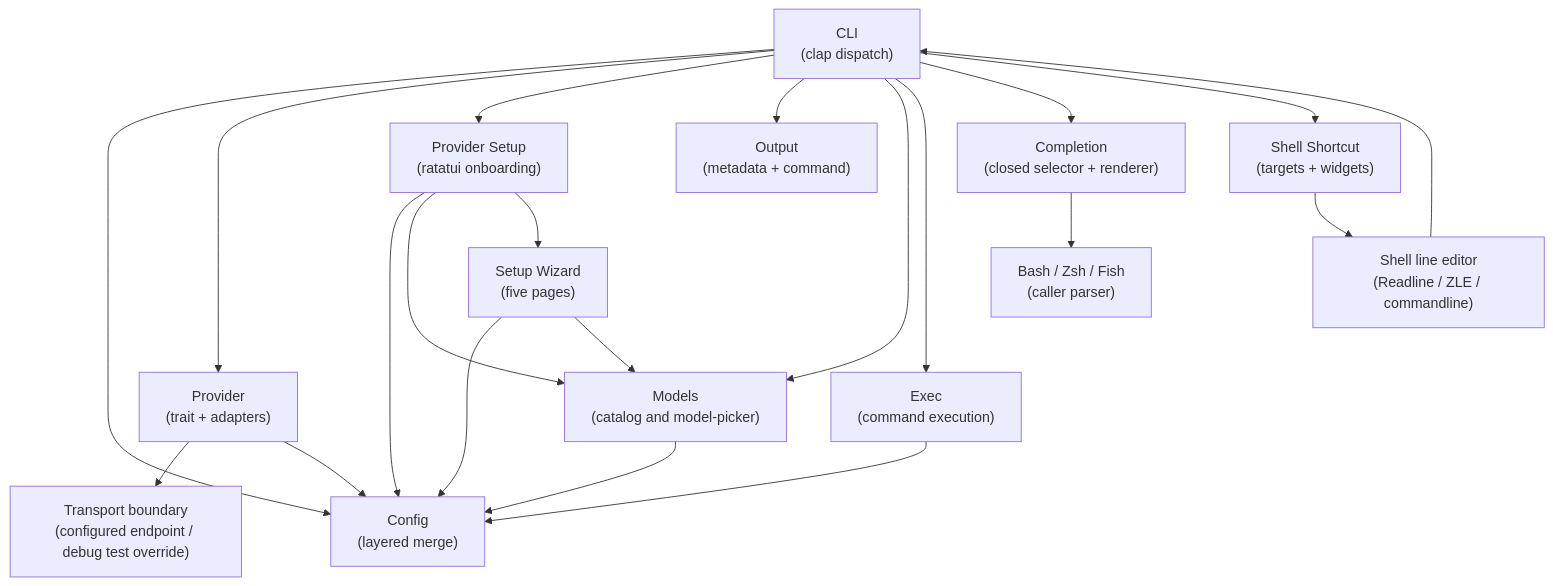
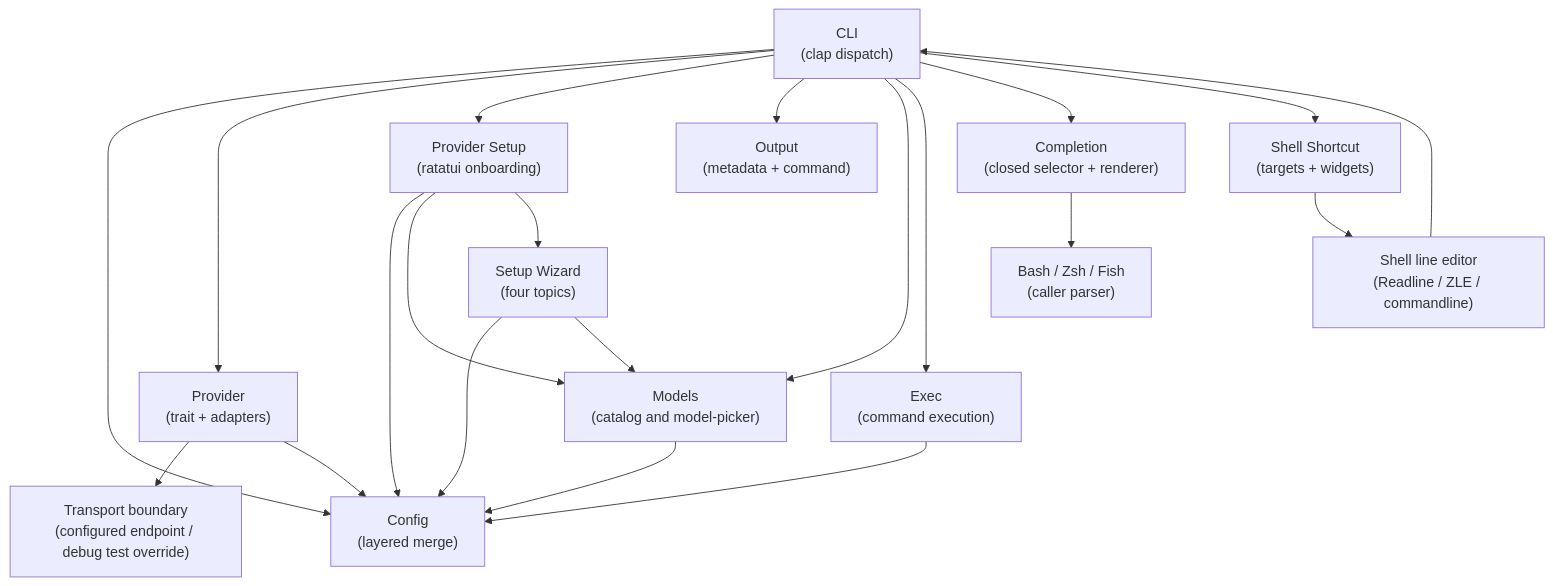
The diagram in docs/arc42/05-building-block-view.md (buster/watn), drawn with Mermaid before and after one commit. The commit also changed other lines of this file and 49 other files, not shown here.

Commit message:
feat(setup): refactor setup into reviewed wizard

````diff
--- a/docs/arc42/05-building-block-view.md
+++ b/docs/arc42/05-building-block-view.md
@@ -5,37 +5,37 @@
 ```mermaid
 graph TB
     CLI["CLI<br/>(clap dispatch)"]
     Config["Config<br/>(layered merge)"]
     Provider["Provider<br/>(trait + adapters)"]
     Transport["Transport boundary<br/>(configured endpoint / debug test override)"]
     Setup["Provider Setup<br/>(ratatui onboarding)"]
-    Wizard["Setup Wizard<br/>(five pages)"]
+    Wizard["Setup Wizard<br/>(four topics)"]
     Output["Output<br/>(metadata + command)"]
     Models["Models<br/>(catalog and model-picker)"]
     Exec["Exec<br/>(command execution)"]
     Completion["Completion<br/>(closed selector + renderer)"]
     ShellParser["Bash / Zsh / Fish<br/>(caller parser)"]
     Shortcut["Shell Shortcut<br/>(targets + widgets)"]
     LineEditor["Shell line editor<br/>(Readline / ZLE / commandline)"]
 
     CLI --> Config
     CLI --> Provider
     Provider --> Transport
     CLI --> Setup
     CLI --> Output
     CLI --> Models
     CLI --> Exec
     CLI --> Completion
     Provider --> Config
     Models --> Config
     Setup --> Config
     Setup --> Models
     Setup --> Wizard
     Wizard --> Config
     Wizard --> Models
     Exec --> Config
     Completion --> ShellParser
     CLI --> Shortcut
     Shortcut --> LineEditor
     LineEditor --> CLI
 ```
````
